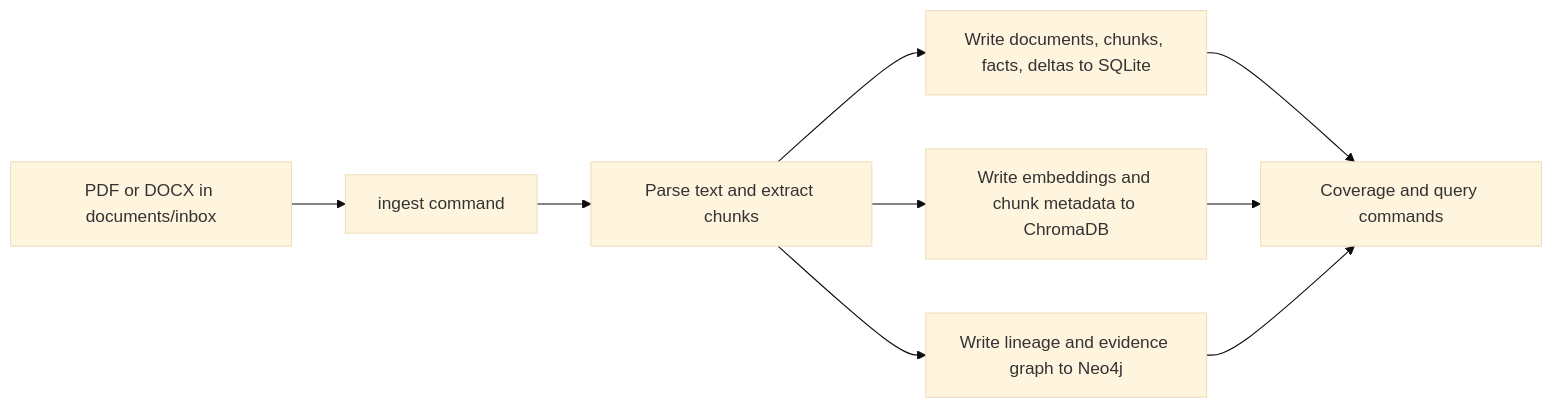
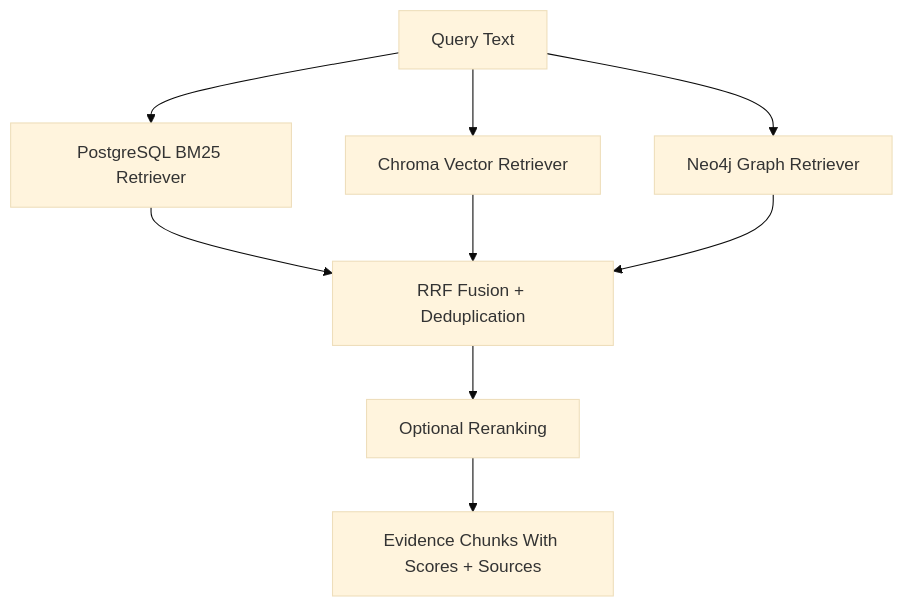
One commit to rajdeepak92/Multi-Agentic-RAG changed the third of 3 diagrams in README.md. Above: the diagram before and after it, drawn with Mermaid (base theme). The commit also changed other lines of this file and 1485 other files, not shown here.

````diff
--- a/README.md
+++ b/README.md
@@ -38,11 +236,11 @@
 ```mermaid
-flowchart LR
-  A[PDF or DOCX in documents/inbox] --> B[ingest command]
-  B --> C[Parse text and extract chunks]
-  C --> D[Write documents, chunks, facts, deltas to SQLite]
-  C --> E[Write embeddings and chunk metadata to ChromaDB]
-  C --> F[Write lineage and evidence graph to Neo4j]
-  D --> G[Coverage and query commands]
-  E --> G
-  F --> G
+flowchart TD
+    Query[Query Text] --> B[PostgreSQL BM25 Retriever]
+    Query --> V[Chroma Vector Retriever]
+    Query --> G[Neo4j Graph Retriever]
+    B --> F[RRF Fusion + Deduplication]
+    V --> F
+    G --> F
+    F --> R[Optional Reranking]
+    R --> E[Evidence Chunks With Scores + Sources]
 ```
````
